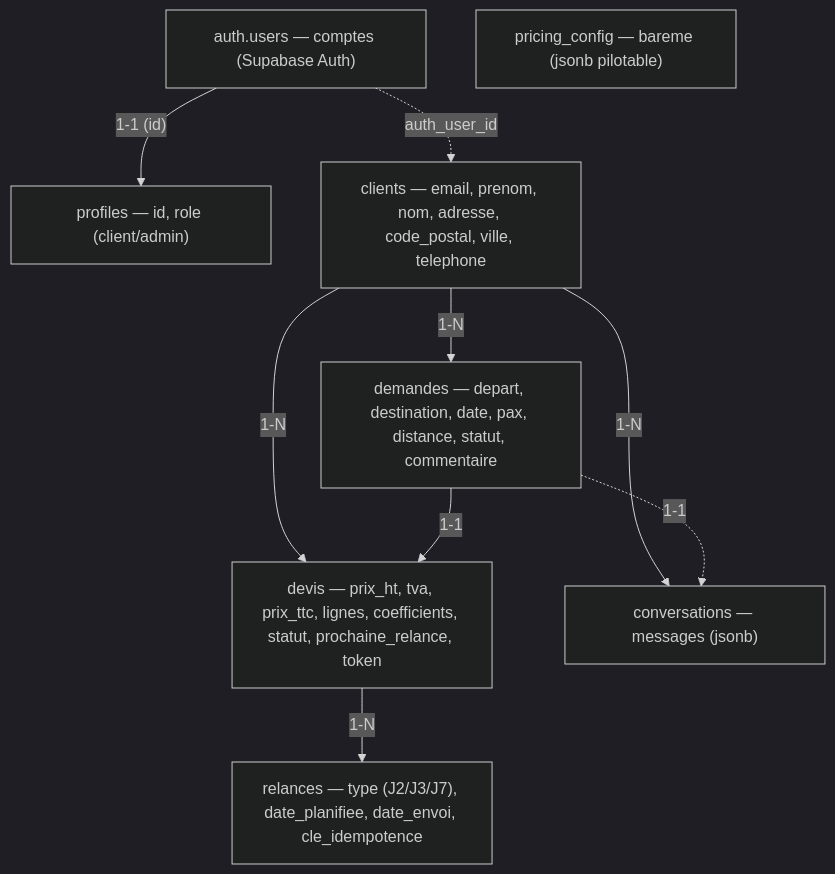
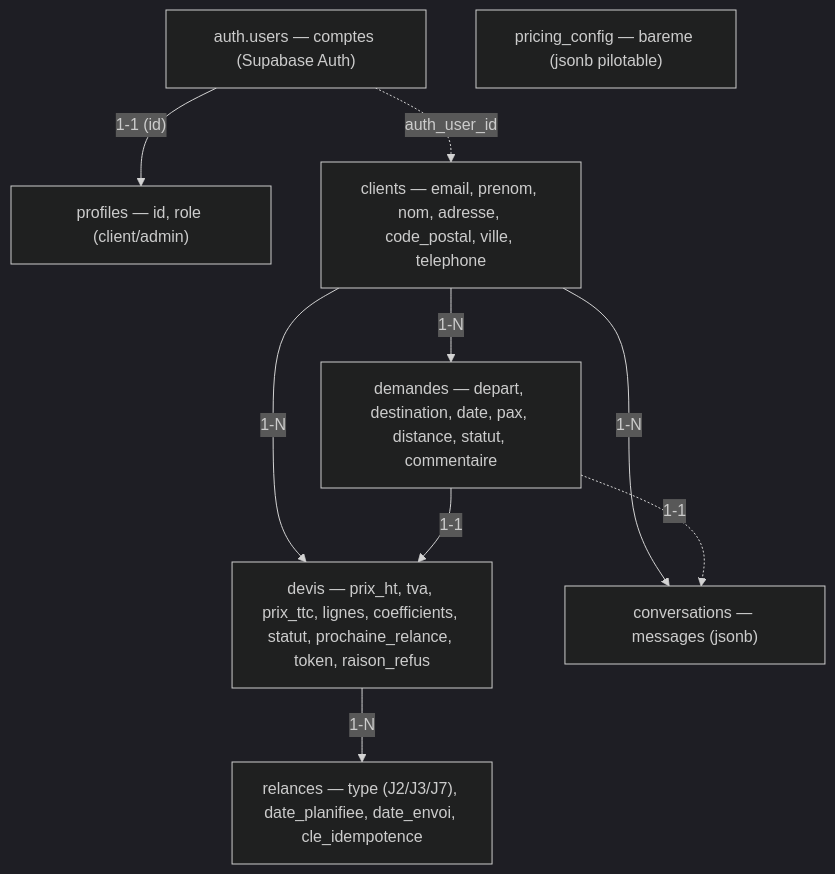
One commit to Karmadibsa/Autocar-Location changed the diagram in supabase/SCHEMA.md. Above: the diagram before and after it, drawn with Mermaid (dark theme). The commit also changed other lines of this file, not shown here.

Commit message:
SCHEMA.md : ajout raison_refus au schema BDD

````diff
--- a/supabase/SCHEMA.md
+++ b/supabase/SCHEMA.md
@@ -7,20 +7,20 @@
 ```mermaid
 flowchart TB
     auth_users["auth.users — comptes (Supabase Auth)"]
     profiles["profiles — id, role (client/admin)"]
     clients["clients — email, prenom, nom, adresse, code_postal, ville, telephone"]
     demandes["demandes — depart, destination, date, pax, distance, statut, commentaire"]
-    devis["devis — prix_ht, tva, prix_ttc, lignes, coefficients, statut, prochaine_relance, token"]
+    devis["devis — prix_ht, tva, prix_ttc, lignes, coefficients, statut, prochaine_relance, token, raison_refus"]
     relances["relances — type (J2/J3/J7), date_planifiee, date_envoi, cle_idempotence"]
     conversations["conversations — messages (jsonb)"]
     pricing_config["pricing_config — bareme (jsonb pilotable)"]
 
     auth_users -->|"1-1 (id)"| profiles
     auth_users -.->|"auth_user_id"| clients
     clients -->|"1-N"| demandes
     clients -->|"1-N"| devis
     clients -->|"1-N"| conversations
     demandes -->|"1-1"| devis
     demandes -.->|"1-1"| conversations
     devis -->|"1-N"| relances
 ```
````
